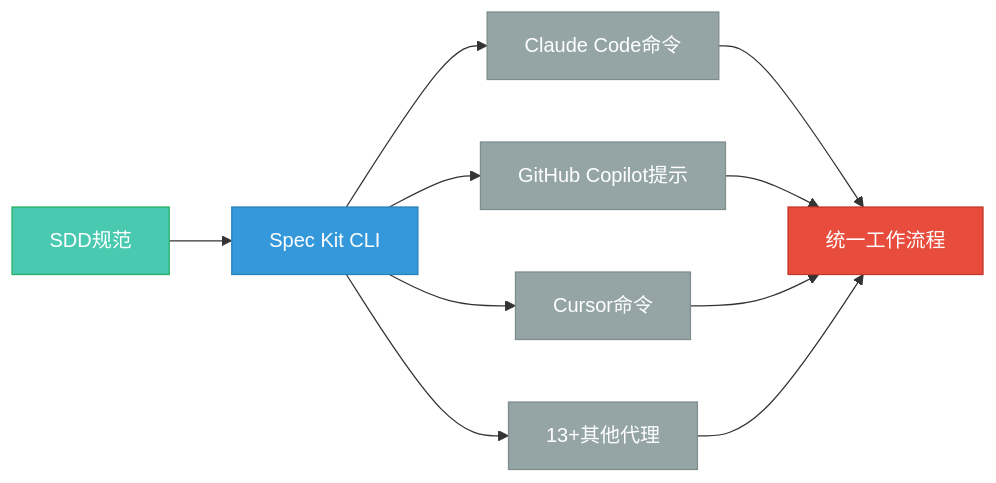
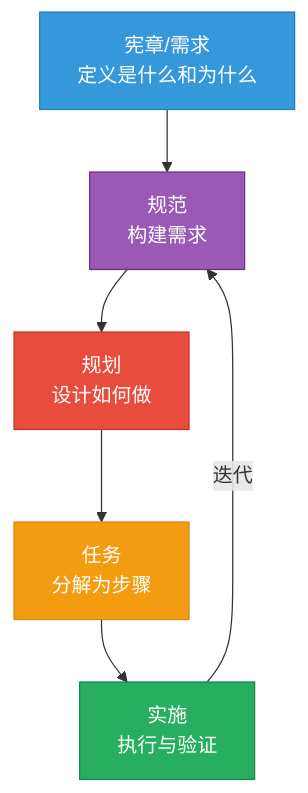
The second of 3 diagrams in i18n/zh/docusaurus-plugin-content-blog/2025-10-22-implementing-spec-driven-development-tools-and-workflows-in-practice.mdx (tikazyq/marvinzhang.dev), drawn with Mermaid before and after one commit. The commit also changed other lines of this file, not shown here.

````diff
--- a/i18n/zh/docusaurus-plugin-content-blog/2025-10-22-implementing-spec-driven-development-tools-and-workflows-in-practice.mdx
+++ b/i18n/zh/docusaurus-plugin-content-blog/2025-10-22-implementing-spec-driven-development-tools-and-workflows-in-practice.mdx
@@ -143,21 +154,14 @@
 ```mermaid
-flowchart LR
-    A["SDD规范"] --> B["Spec Kit CLI"]
-    B --> C1["Claude Code命令"]
-    B --> C2["GitHub Copilot提示"]
-    B --> C3["Cursor命令"]
-    B --> C4["13+其他代理"]
+flowchart TD
+    A["宪章/需求<br/>定义是什么和为什么"] --> B["规范<br/>构建需求"]
+    B --> C["规划<br/>设计如何做"]
+    C --> D["任务<br/>分解为步骤"]
+    D --> E["实施<br/>执行与验证"]
+    E -->|迭代| B
     
-    C1 --> D["统一工作流程"]
-    C2 --> D
-    C3 --> D
-    C4 --> D
-    
-    style A fill:#48c9b0,stroke:#27ae60,color:#fff
-    style B fill:#3498db,stroke:#2980b9,color:#fff
-    style D fill:#e74c3c,stroke:#c0392b,color:#fff
-    style C1 fill:#95a5a6,stroke:#7f8c8d,color:#fff
-    style C2 fill:#95a5a6,stroke:#7f8c8d,color:#fff
-    style C3 fill:#95a5a6,stroke:#7f8c8d,color:#fff
-    style C4 fill:#95a5a6,stroke:#7f8c8d,color:#fff
+    style A fill:#3498db,stroke:#2980b9,color:#fff
+    style B fill:#9b59b6,stroke:#6c3483,color:#fff
+    style C fill:#e74c3c,stroke:#c0392b,color:#fff
+    style D fill:#f39c12,stroke:#d68910,color:#fff
+    style E fill:#27ae60,stroke:#1e8449,color:#fff
 ```
````
